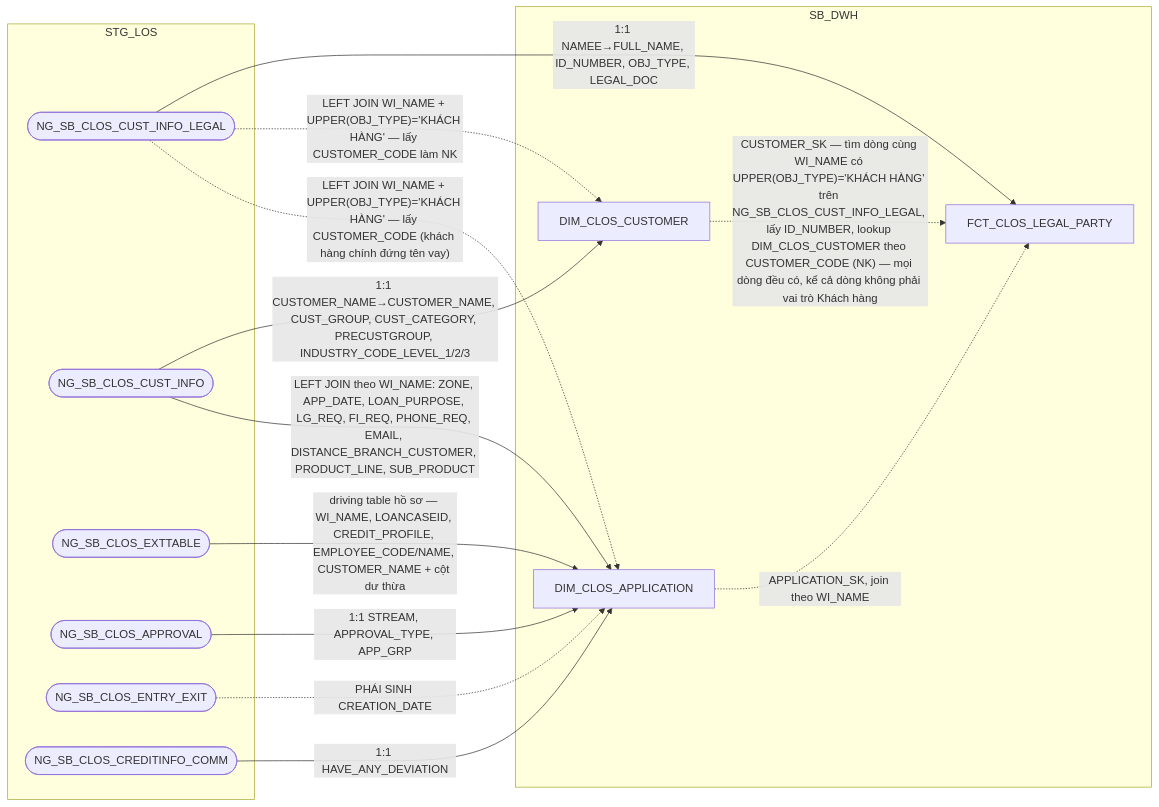
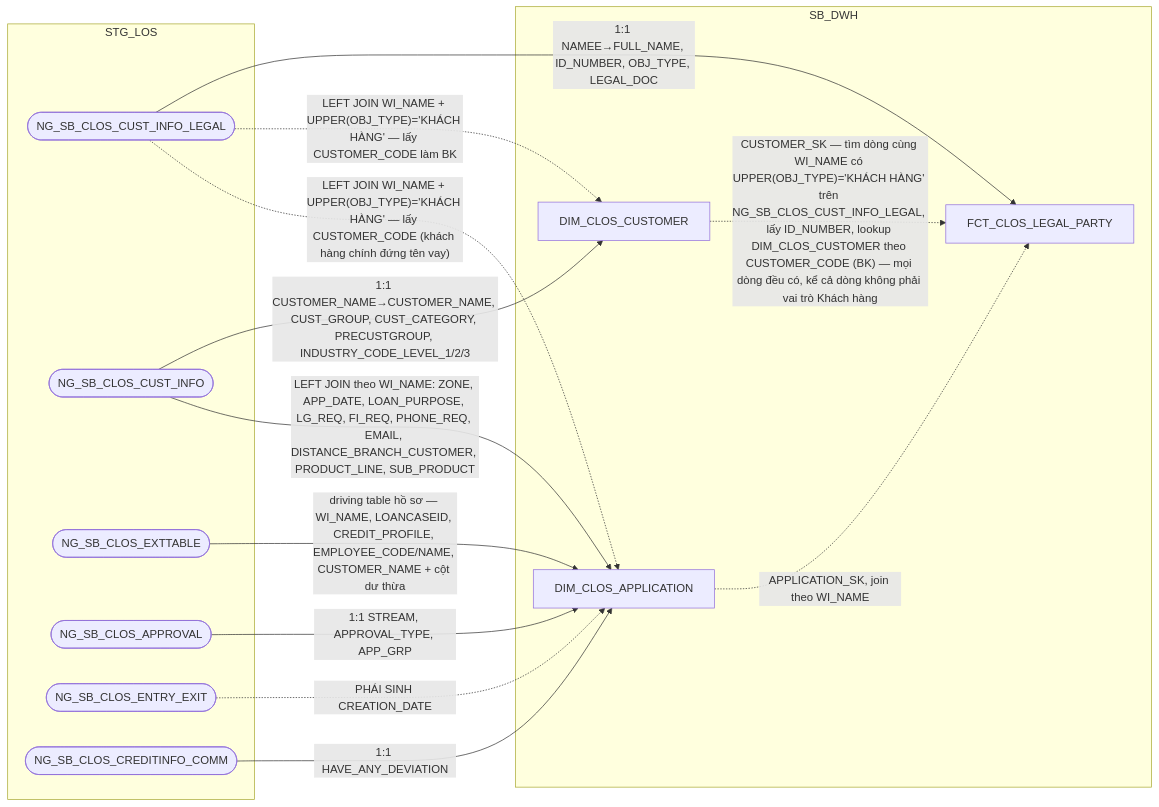
Before and after one commit to chien1198/sb-mapping-gen: the sixth of 14 diagrams in hld/hld_review/HLD_FCT_SB_DWH_review.md, drawn with Mermaid. The commit also changed other lines of this file and 54 other files, not shown here.

````diff
--- a/hld/hld_review/HLD_FCT_SB_DWH_review.md
+++ b/hld/hld_review/HLD_FCT_SB_DWH_review.md
@@ -452,27 +464,27 @@
 ```mermaid
 flowchart LR
     subgraph STG_LOS
         A(["NG_SB_CLOS_CUST_INFO_LEGAL"])
         CI(["NG_SB_CLOS_CUST_INFO"])
         EX(["NG_SB_CLOS_EXTTABLE"])
         AR(["NG_SB_CLOS_APPROVAL"])
         EE(["NG_SB_CLOS_ENTRY_EXIT"])
         CM(["NG_SB_CLOS_CREDITINFO_COMM"])
     end
     subgraph SB_DWH
         K["DIM_CLOS_CUSTOMER"]
         AP["DIM_CLOS_APPLICATION"]
         E["FCT_CLOS_LEGAL_PARTY"]
     end
     A -->|1:1 NAMEE→FULL_NAME, ID_NUMBER, OBJ_TYPE, LEGAL_DOC| E
-    K -.->|"CUSTOMER_SK — tìm dòng cùng WI_NAME có UPPER(OBJ_TYPE)='KHÁCH HÀNG' trên NG_SB_CLOS_CUST_INFO_LEGAL, lấy ID_NUMBER, lookup DIM_CLOS_CUSTOMER theo CUSTOMER_CODE (NK) — mọi dòng đều có, kể cả dòng không phải vai trò Khách hàng"| E
+    K -.->|"CUSTOMER_SK — tìm dòng cùng WI_NAME có UPPER(OBJ_TYPE)='KHÁCH HÀNG' trên NG_SB_CLOS_CUST_INFO_LEGAL, lấy ID_NUMBER, lookup DIM_CLOS_CUSTOMER theo CUSTOMER_CODE (BK) — mọi dòng đều có, kể cả dòng không phải vai trò Khách hàng"| E
     AP -.->|"APPLICATION_SK, join theo WI_NAME"| E
     CI -->|"1:1 CUSTOMER_NAME→CUSTOMER_NAME, CUST_GROUP, CUST_CATEGORY, PRECUSTGROUP, INDUSTRY_CODE_LEVEL_1/2/3"| K
-    A -.->|"LEFT JOIN WI_NAME + UPPER(OBJ_TYPE)='KHÁCH HÀNG' — lấy CUSTOMER_CODE làm NK"| K
+    A -.->|"LEFT JOIN WI_NAME + UPPER(OBJ_TYPE)='KHÁCH HÀNG' — lấy CUSTOMER_CODE làm BK"| K
     EX -->|"driving table hồ sơ — WI_NAME, LOANCASEID, CREDIT_PROFILE, EMPLOYEE_CODE/NAME, CUSTOMER_NAME + cột dư thừa"| AP
     CI -->|"LEFT JOIN theo WI_NAME: ZONE, APP_DATE, LOAN_PURPOSE, LG_REQ, FI_REQ, PHONE_REQ, EMAIL, DISTANCE_BRANCH_CUSTOMER, PRODUCT_LINE, SUB_PRODUCT"| AP
     A -.->|"LEFT JOIN WI_NAME + UPPER(OBJ_TYPE)='KHÁCH HÀNG' — lấy CUSTOMER_CODE (khách hàng chính đứng tên vay)"| AP
     AR -->|1:1 STREAM, APPROVAL_TYPE, APP_GRP| AP
     EE -.->|"PHÁI SINH CREATION_DATE"| AP
     CM -->|1:1 HAVE_ANY_DEVIATION| AP
 ```
````
